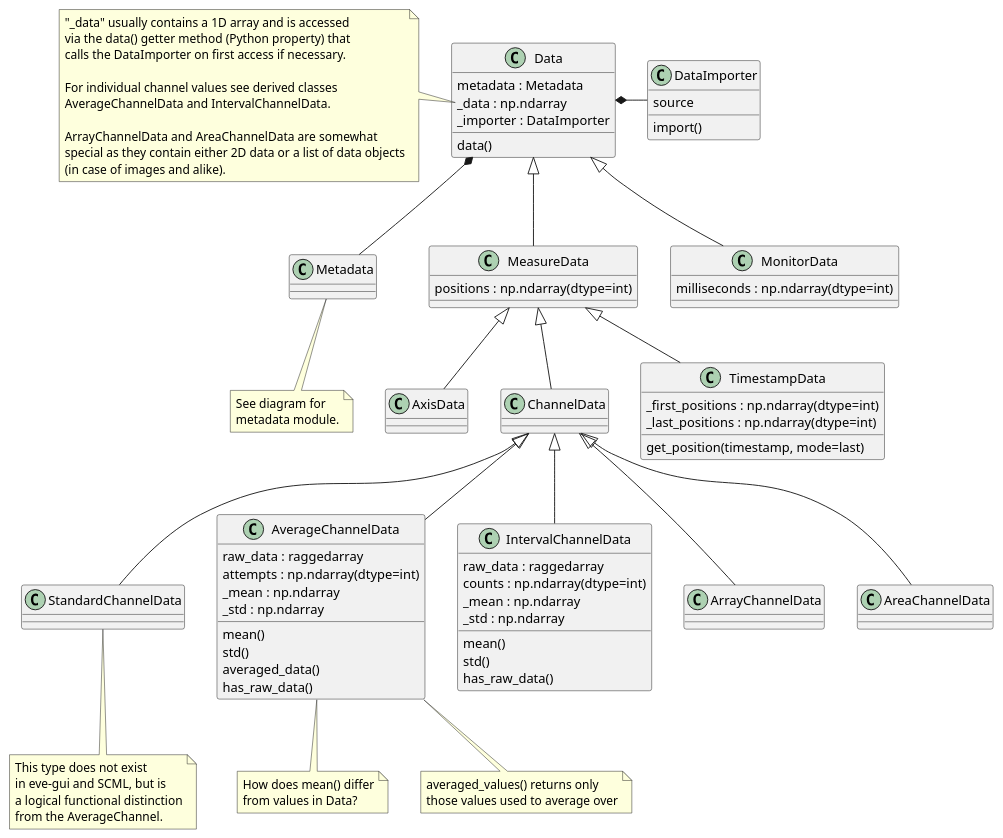
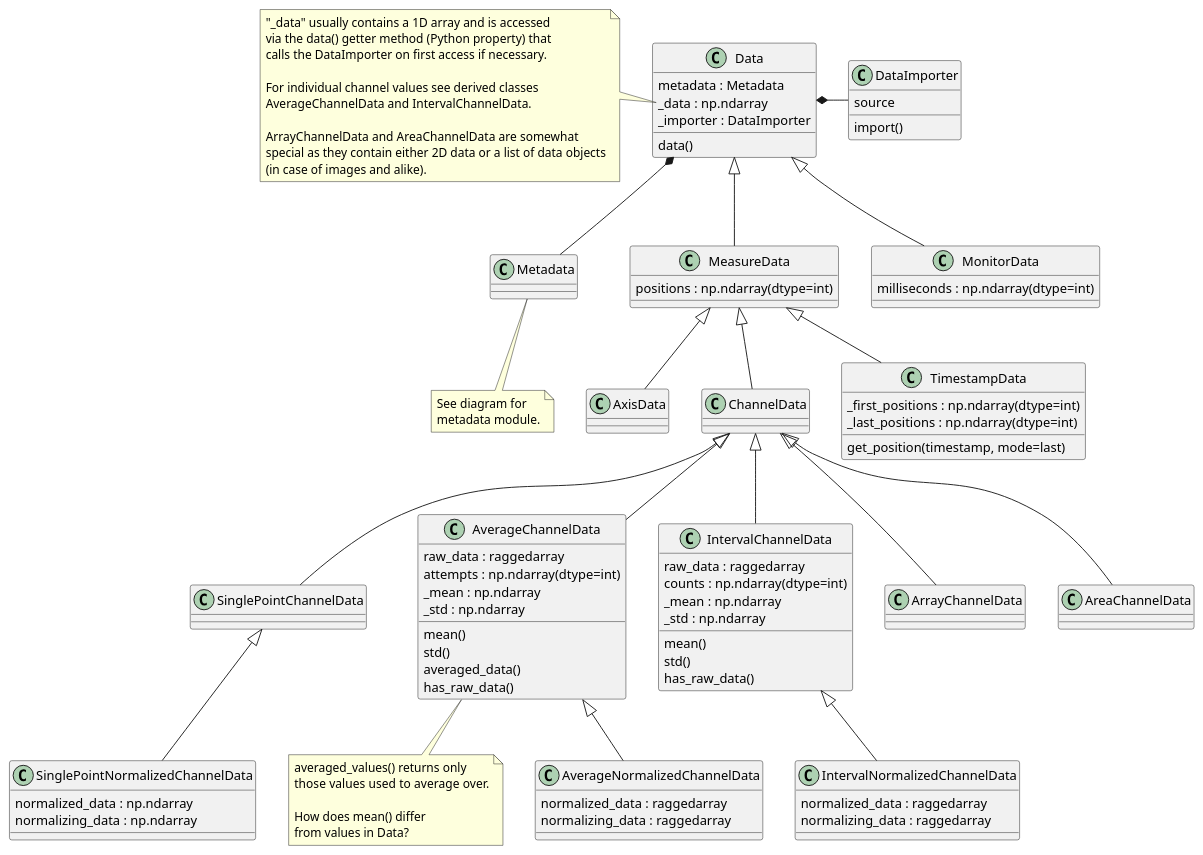
The diagram in docs/uml/evedata.evefile.data.puml (tillbiskup/evedata), drawn with PlantUML before and after one commit. The commit also changed 4 other files, not shown here.

Commit message:
Update schemas reflecting discussion regarding data model

```diff
--- a/docs/uml/evedata.evefile.data.puml
+++ b/docs/uml/evedata.evefile.data.puml
@@ -1,93 +1,107 @@
 @startuml
 'skinparam dpi 150
 
 class Data {
     metadata : Metadata
     _data : np.ndarray
     _importer : DataImporter
     data()
 }
 note left of Data::_data
     "_data" usually contains a 1D array and is accessed
     via the data() getter method (Python property) that
     calls the DataImporter on first access if necessary.
 
     For individual channel values see derived classes
     AverageChannelData and IntervalChannelData.
 
     ArrayChannelData and AreaChannelData are somewhat
     special as they contain either 2D data or a list of data objects
     (in case of images and alike).
 end note
 
 class DataImporter {
     source
     import()
 }
 
 class Metadata {
 }
 note bottom: See diagram for\nmetadata module.
 
 Data *- DataImporter
 Data *-- Metadata
 
 class MeasureData extends Data {
     {field} positions : np.ndarray(dtype=int)
 }
 
 class MonitorData extends Data {
     {field} milliseconds : np.ndarray(dtype=int)
 }
 
 class AxisData extends MeasureData {
 }
 
 class ChannelData extends MeasureData {
 }
 
 class TimestampData extends MeasureData {
     {field} _first_positions : np.ndarray(dtype=int)
     {field} _last_positions : np.ndarray(dtype=int)
     get_position(timestamp, mode=last)
 }
 
-class StandardChannelData extends ChannelData {}
+class SinglePointChannelData extends ChannelData {}
 
-note bottom of StandardChannelData
-    This type does not exist
-    in eve-gui and SCML, but is
-    a logical functional distinction
-    from the AverageChannel.
-endnote
+class SinglePointNormalizedChannelData extends SinglePointChannelData {
+    normalized_data : np.ndarray
+    normalizing_data : np.ndarray
+}
 
 class AverageChannelData extends ChannelData {
     raw_data : raggedarray
     {field} attempts : np.ndarray(dtype=int)
     _mean : np.ndarray
     _std : np.ndarray
     mean()
     std()
     averaged_data()
     has_raw_data()
 }
-note bottom: How does mean() differ\nfrom values in Data?
-note bottom of AverageChannelData: averaged_values() returns only\nthose values used to average over
+note bottom of AverageChannelData
+    averaged_values() returns only
+    those values used to average over.
+
+    How does mean() differ
+    from values in Data?
+end note
+
+class AverageNormalizedChannelData extends AverageChannelData {
+    normalized_data : raggedarray
+    normalizing_data : raggedarray
+}
+
 
 class IntervalChannelData extends ChannelData {
     raw_data : raggedarray
     {field} counts : np.ndarray(dtype=int)
     _mean : np.ndarray
     _std : np.ndarray
     mean()
     std()
     has_raw_data()
 }
 
+class IntervalNormalizedChannelData extends IntervalChannelData {
+    normalized_data : raggedarray
+    normalizing_data : raggedarray
+}
+
 class ArrayChannelData extends ChannelData {
 }
 
 class AreaChannelData extends ChannelData {
 }
 
 @enduml
```
